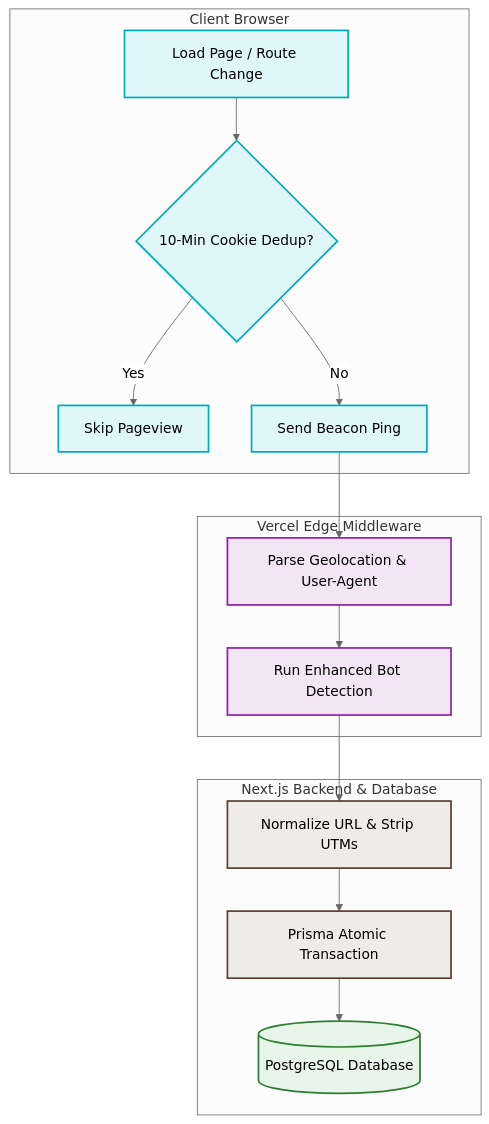
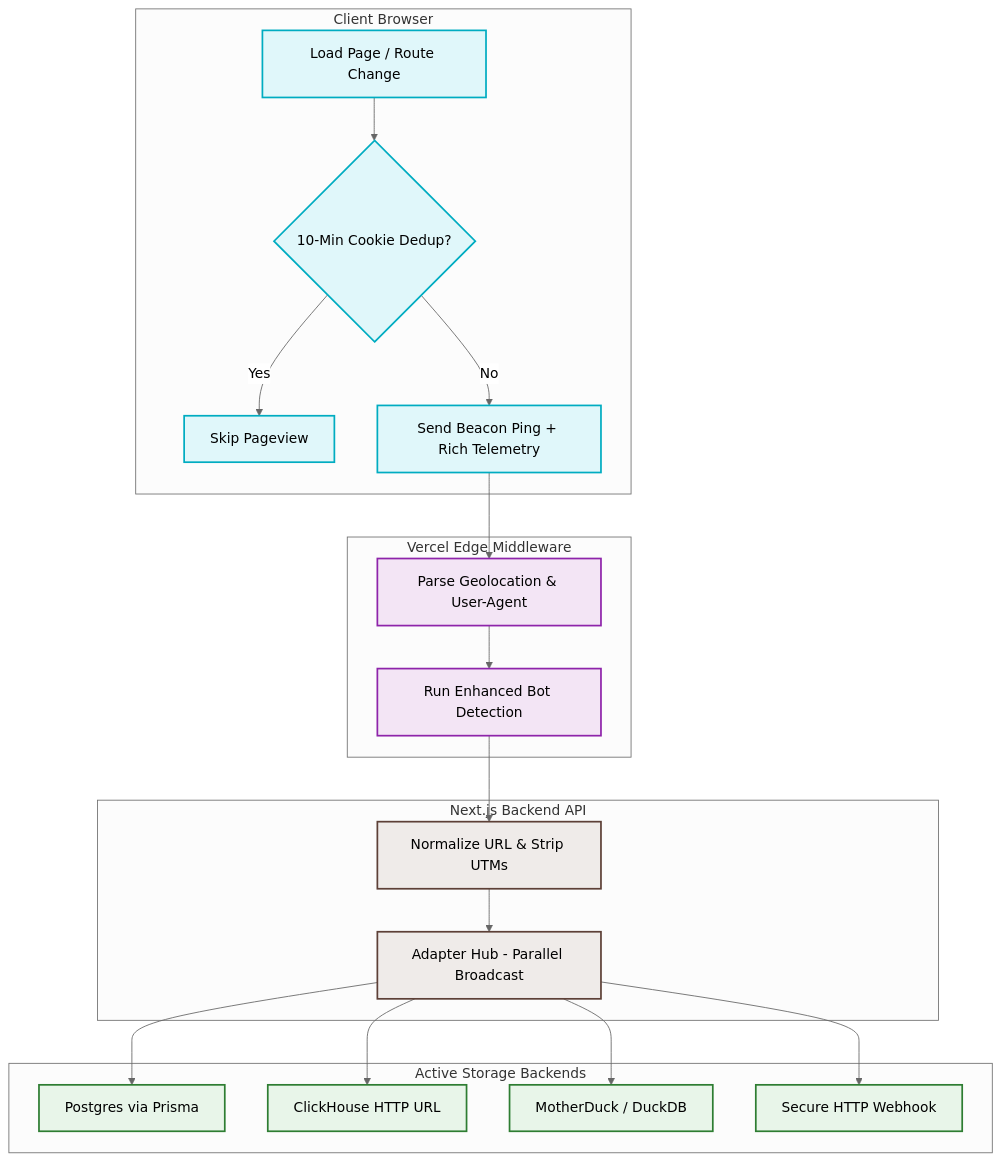
Before and after one commit to duyet/pageview: the diagram in README.md, drawn with Mermaid (neutral theme). The commit also changed other lines of this file and 14 other files, not shown here.

Commit message:
feat: implement plug-and-play multi-database broadcast system

````diff
--- a/README.md
+++ b/README.md
@@ -27,29 +27,35 @@
 ```mermaid
 flowchart TD
     classDef client fill:#e0f7fa,stroke:#00acc1,stroke-width:2px,color:#000;
     classDef edge fill:#f3e5f5,stroke:#8e24aa,stroke-width:2px,color:#000;
     classDef api fill:#efebe9,stroke:#5d4037,stroke-width:2px,color:#000;
     classDef db fill:#e8f5e9,stroke:#2e7d32,stroke-width:2px,color:#000;
 
     subgraph Client ["Client Browser"]
         A[Load Page / Route Change] --> B{10-Min Cookie Dedup?}
         B -- Yes --> C[Skip Pageview]
-        B -- No --> D[Send Beacon Ping]
+        B -- No --> D[Send Beacon Ping + Rich Telemetry]
     end
 
     subgraph Edge ["Vercel Edge Middleware"]
         D --> E[Parse Geolocation & User-Agent]
         E --> F[Run Enhanced Bot Detection]
     end
 
-    subgraph Backend ["Next.js Backend & Database"]
+    subgraph Backend ["Next.js Backend API"]
         F --> G[Normalize URL & Strip UTMs]
-        G --> H[Prisma Atomic Transaction]
-        H --> I[(PostgreSQL Database)]
+        G --> H[Adapter Hub - Parallel Broadcast]
+    end
+
+    subgraph Adapters ["Active Storage Backends"]
+        H --> I[Postgres via Prisma]
+        H --> J[ClickHouse HTTP URL]
+        H --> K[MotherDuck / DuckDB]
+        H --> L[Secure HTTP Webhook]
     end
 
     class A,B,C,D client;
     class E,F edge;
     class G,H api;
-    class I db;
+    class I,J,K,L db;
 ```
````
